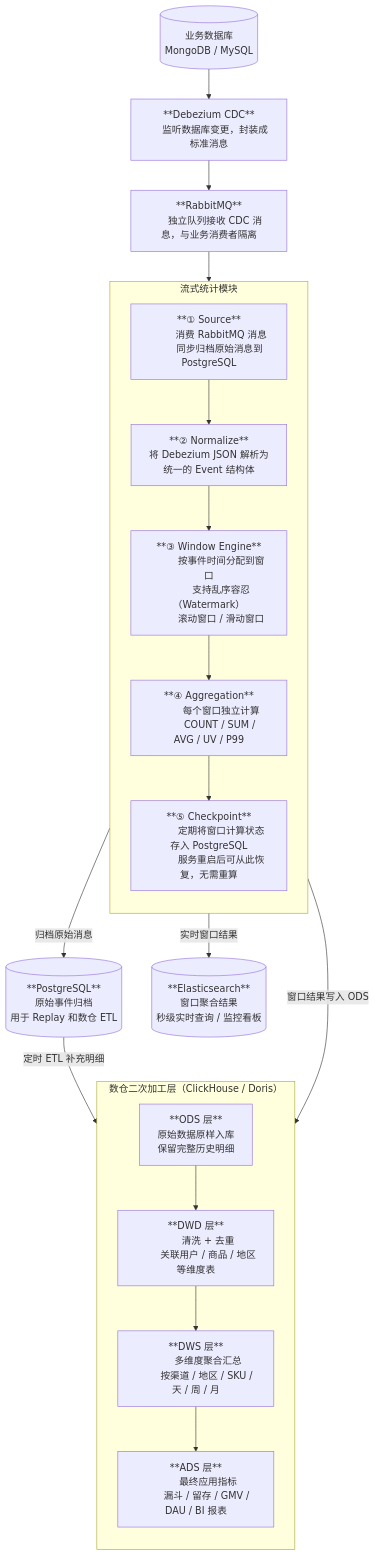
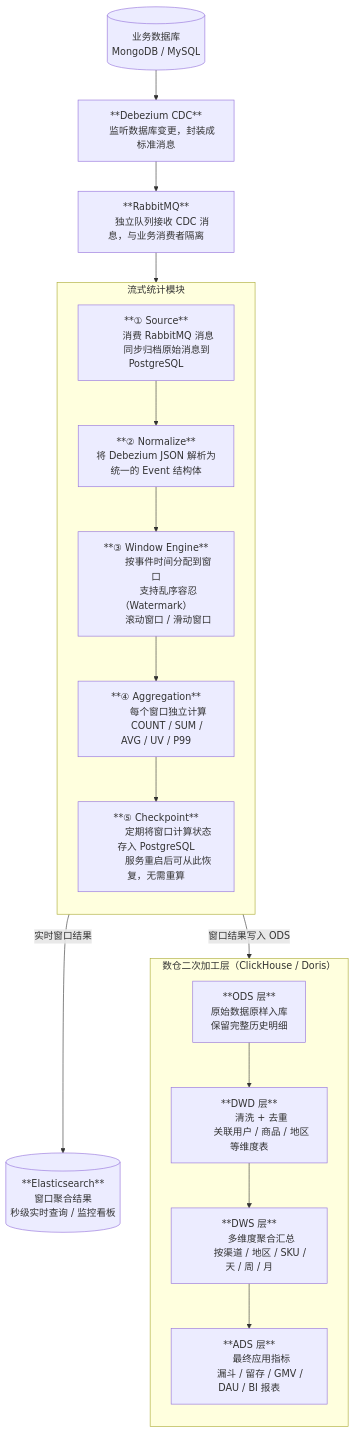
The first of 2 diagrams in stream-stats-design.md (EthanScriptOn/strea-doc), drawn with Mermaid before and after one commit. The commit also changed other lines of this file, not shown here.

Commit message:
remove raw event archive step

````diff
--- a/stream-stats-design.md
+++ b/stream-stats-design.md
@@ -9,72 +9,66 @@
 ```mermaid
 flowchart TD
     DB[("`业务数据库
     MongoDB / MySQL`")]
 
     DBZ["**Debezium CDC**
     监听数据库变更，封装成标准消息"]
 
     MQ["**RabbitMQ**
     独立队列接收 CDC 消息，与业务消费者隔离"]
 
     subgraph STREAM["流式统计模块"]
         direction TB
         A["**① Source**
         消费 RabbitMQ 消息
         同步归档原始消息到 PostgreSQL"]
 
         B["**② Normalize**
         将 Debezium JSON 解析为
         统一的 Event 结构体"]
 
         C["**③ Window Engine**
         按事件时间分配到窗口
         支持乱序容忍（Watermark）
         滚动窗口 / 滑动窗口"]
 
         D["**④ Aggregation**
         每个窗口独立计算
         COUNT / SUM / AVG / UV / P99"]
 
         E["**⑤ Checkpoint**
         定期将窗口计算状态存入 PostgreSQL
         服务重启后可从此恢复，无需重算"]
 
         A --> B --> C --> D --> E
     end
 
-    PG_ARCHIVE[("**PostgreSQL**
-    原始事件归档
-    用于 Replay 和数仓 ETL")]
-
     ES[("**Elasticsearch**
     窗口聚合结果
     秒级实时查询 / 监控看板")]
 
     subgraph DW["数仓二次加工层（ClickHouse / Doris）"]
         direction TB
         ODS["**ODS 层**
         原始数据原样入库
         保留完整历史明细"]
 
         DWD["**DWD 层**
         清洗 + 去重
         关联用户 / 商品 / 地区等维度表"]
 
         DWS["**DWS 层**
         多维度聚合汇总
         按渠道 / 地区 / SKU / 天 / 周 / 月"]
 
         ADS["**ADS 层**
         最终应用指标
         漏斗 / 留存 / GMV / DAU / BI 报表"]
 
         ODS --> DWD --> DWS --> ADS
     end
 
     DB --> DBZ --> MQ --> A
-    A -- "归档原始消息" --> PG_ARCHIVE
     D -- "实时窗口结果" --> ES
     D -- "窗口结果写入 ODS" --> ODS
-    PG_ARCHIVE -- "定时 ETL 补充明细" --> ODS
 ```
````
